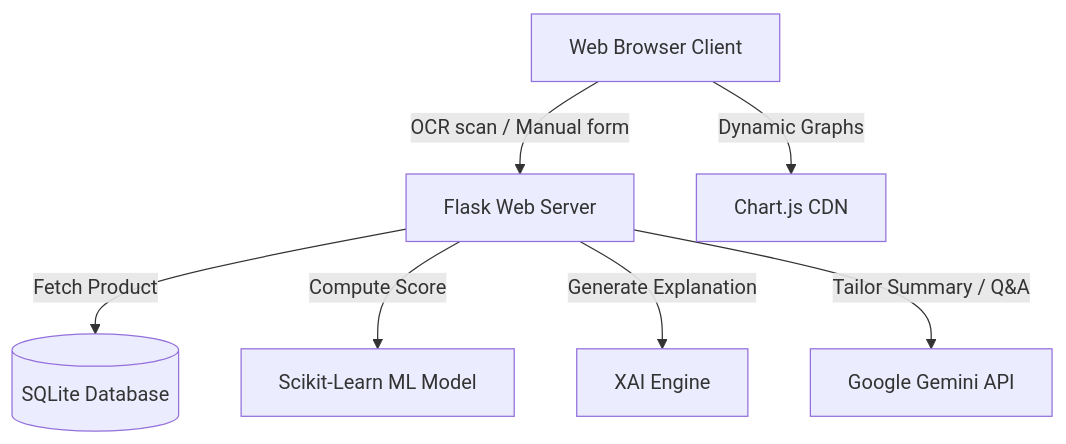
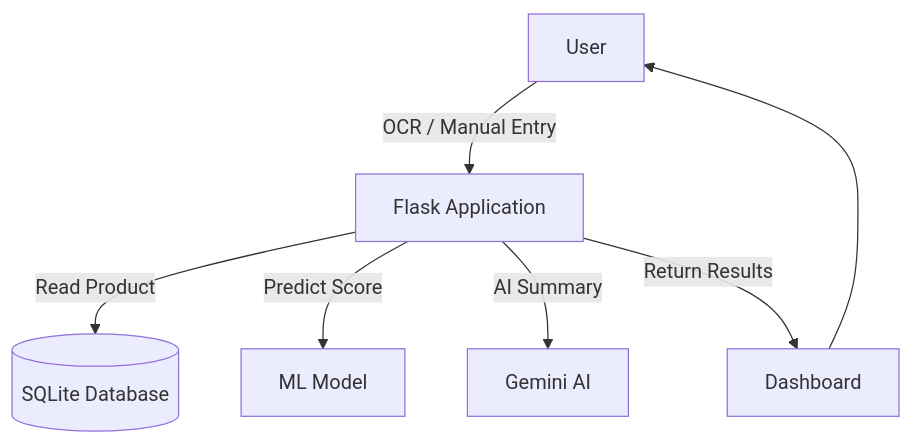
Before and after one commit to shubhamkolekar2006/Food-composition-and-validation-system: the first of 3 diagrams in README.md, drawn with Mermaid. The commit also changed other lines of this file, not shown here.

````diff
--- a/README.md
+++ b/README.md
@@ -31,9 +35,17 @@
-```mermaid
+``` mermaid
 graph TD
-    Client[Web Browser Client] -->|OCR scan / Manual form| Flask[Flask Web Server]
-    Flask -->|Fetch Product| DB[(SQLite Database)]
-    Flask -->|Compute Score| MLModel[Scikit-Learn ML Model]
-    Flask -->|Generate Explanation| XAI[XAI Engine]
-    Flask -->|Tailor Summary / Q&A| LLM[Google Gemini API]
-    Client -->|Dynamic Graphs| ChartJS[Chart.js CDN]
+
+A[User]
+B[Flask Application]
+C[(SQLite Database)]
+D[ML Model]
+E[Gemini AI]
+F[Dashboard]
+
+A -->|OCR / Manual Entry| B
+B -->|Read Product| C
+B -->|Predict Score| D
+B -->|AI Summary| E
+B -->|Return Results| F
+F --> A
 ```
````
